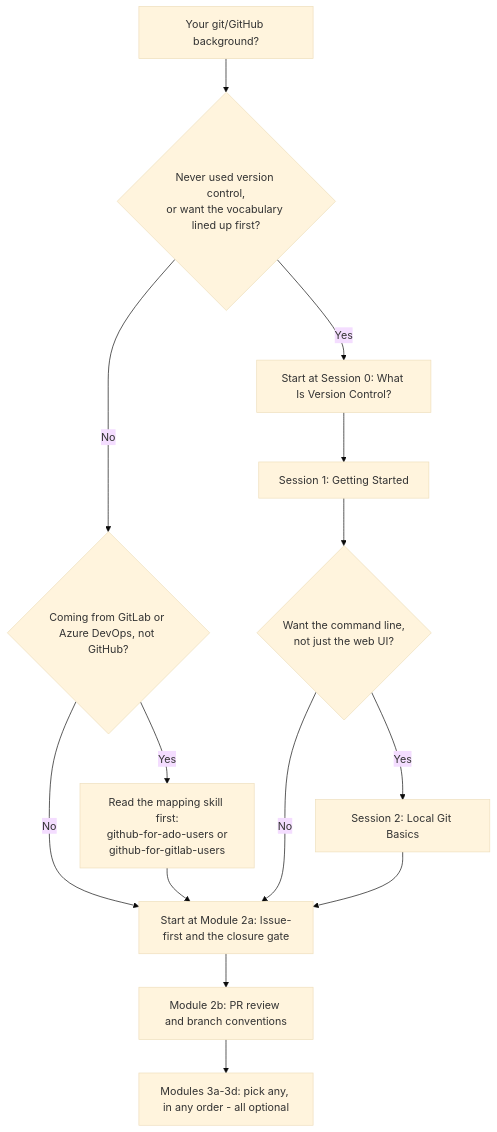
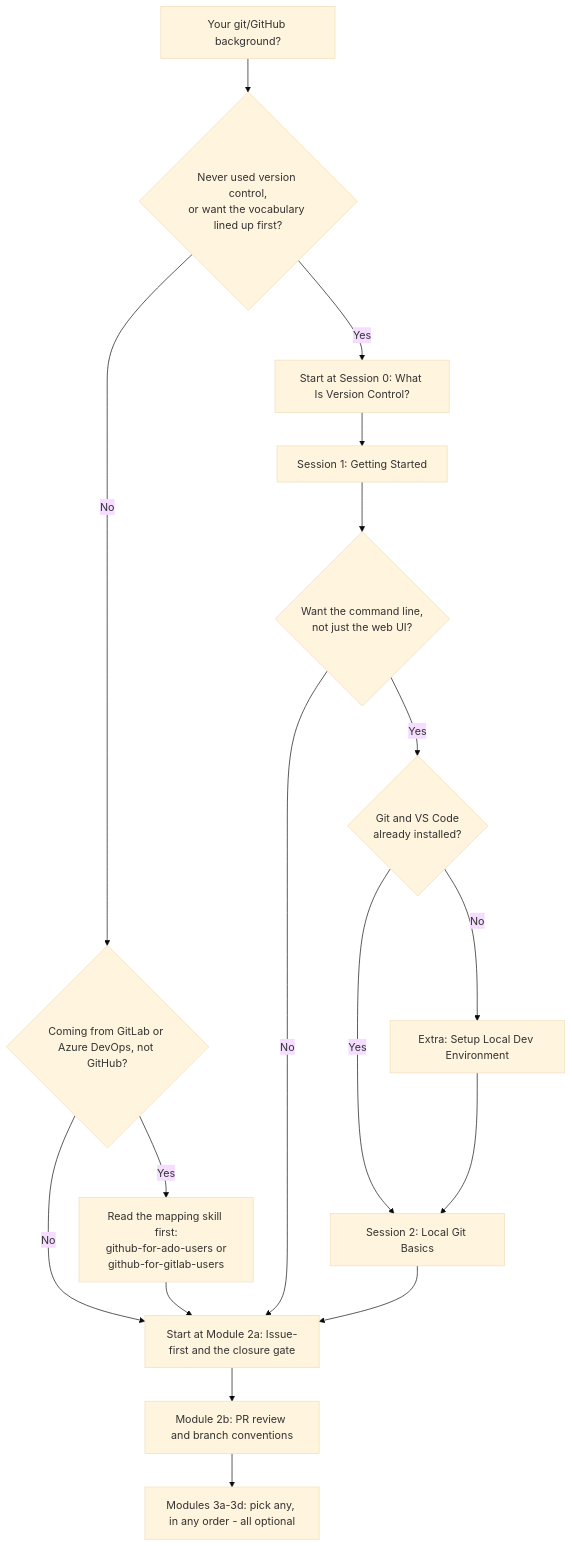
The first of 2 diagrams in education/README.md (JeanKadang/DOC-GitHub-Practice-Skills), drawn with Mermaid (base theme) before and after one commit. The commit also changed other lines of this file and 2 other files, not shown here.

First line of the commit message:
docs: add Extra-tier local dev environment setup module

````diff
--- a/education/README.md
+++ b/education/README.md
@@ -17,16 +17,19 @@
 ```mermaid
 flowchart TD
     Start[Your git/GitHub background?] --> Q1{Never used version control,<br/>or want the vocabulary lined up first?}
     Q1 -- Yes --> S0[Start at Session 0: What Is Version Control?]
     Q1 -- No --> Q2{Coming from GitLab or Azure DevOps, not GitHub?}
     Q2 -- Yes --> Pre[Read the mapping skill first:<br/>github-for-ado-users or<br/>github-for-gitlab-users]
     Q2 -- No --> M2a[Start at Module 2a: Issue-first and the closure gate]
     Pre --> M2a
     S0 --> S1[Session 1: Getting Started]
     S1 --> Q3{Want the command line,<br/>not just the web UI?}
-    Q3 -- Yes --> S2[Session 2: Local Git Basics]
+    Q3 -- Yes --> Q4{Git and VS Code<br/>already installed?}
     Q3 -- No --> M2a
+    Q4 -- No --> Extra[Extra: Setup Local Dev Environment]
+    Q4 -- Yes --> S2[Session 2: Local Git Basics]
+    Extra --> S2
     S2 --> M2a
     M2a --> M2b[Module 2b: PR review and branch conventions]
     M2b --> M3[Modules 3a-3d: pick any, in any order - all optional]
 ```
````
